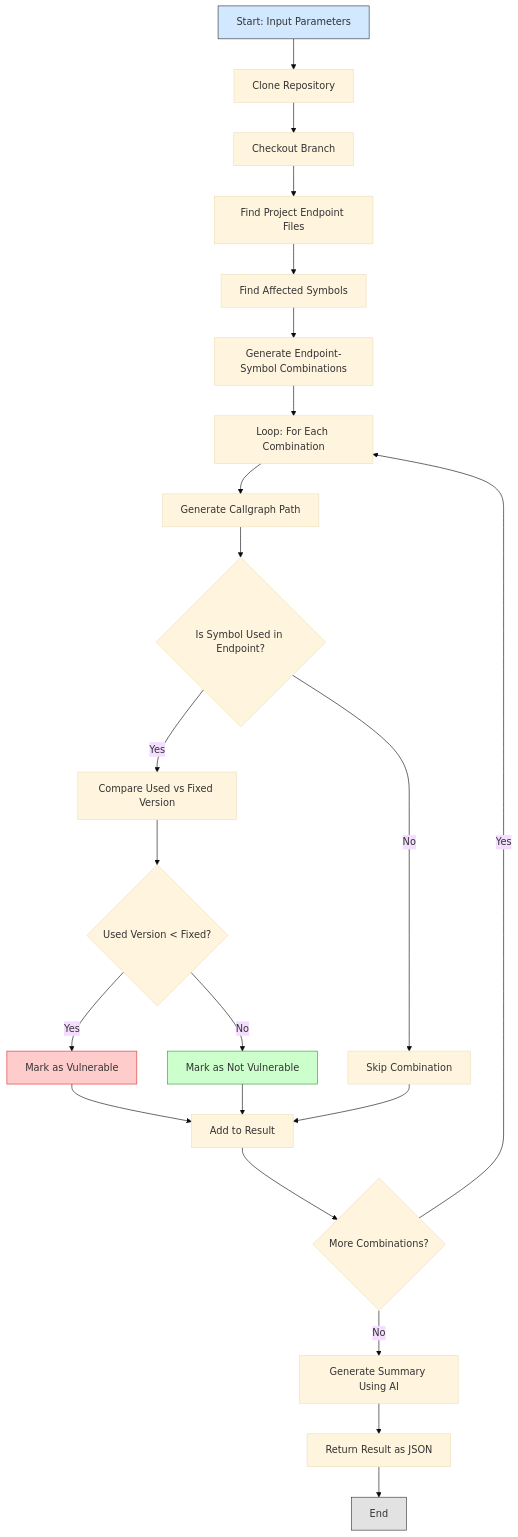
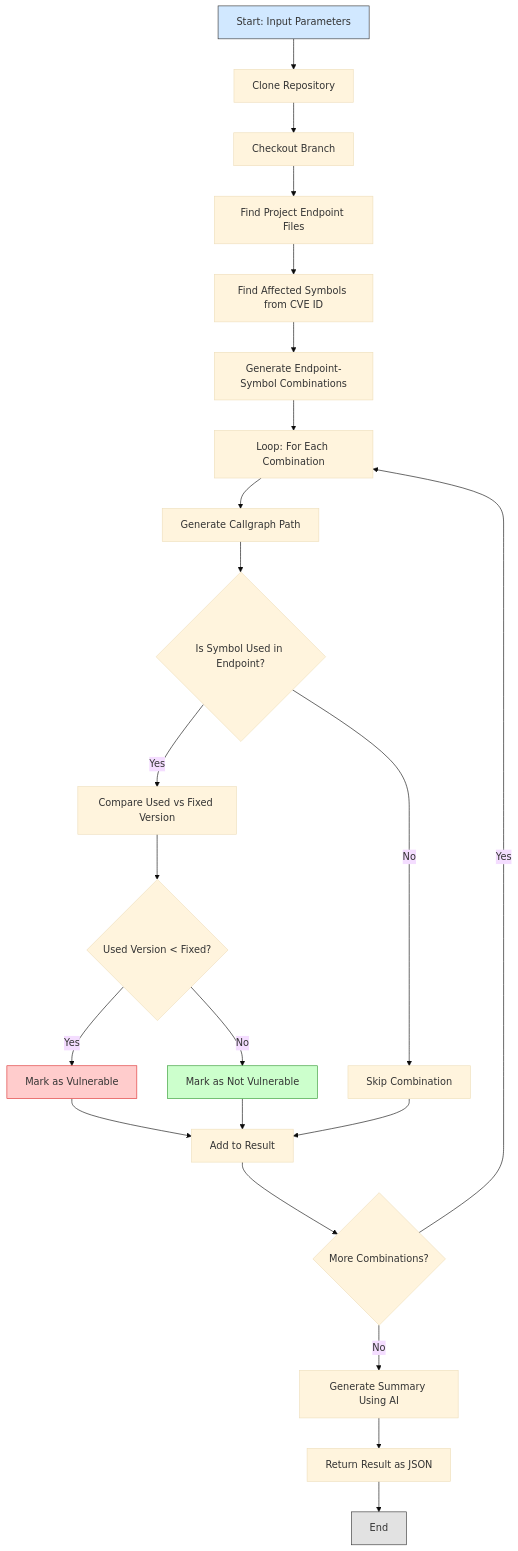
One commit to k37y/gvs changed the diagram in README.md. Above: the diagram before and after it, drawn with Mermaid (base theme).

````diff
--- a/README.md
+++ b/README.md
@@ -7,30 +7,30 @@
 ```mermaid
 flowchart TD
     A[Start: Input Parameters] --> B[Clone Repository]
     B --> C[Checkout Branch]
     C --> D[Find Project Endpoint Files]
-    D --> E[Find Affected Symbols]
+    D --> E[Find Affected Symbols from CVE ID]
     E --> F[Generate Endpoint-Symbol Combinations]
     F --> G[Loop: For Each Combination]
     G --> H[Generate Callgraph Path]
     H --> I{Is Symbol Used in Endpoint?}
     I -- Yes --> J[Compare Used vs Fixed Version]
     J --> K{Used Version < Fixed?}
     K -- Yes --> L[Mark as Vulnerable]
     K -- No --> M[Mark as Not Vulnerable]
     L --> N[Add to Result]
     M --> N
     I -- No --> O[Skip Combination]
     O --> N
     N --> P{More Combinations?}
     P -- Yes --> G
     P -- No --> Q[Generate Summary Using AI]
     Q --> R[Return Result as JSON]
     R --> S[End]
 
     %% Style nodes
     style A fill:#d1e8ff,stroke:#333,stroke-width:1px
     style L fill:#ffcccc,stroke:#d33,stroke-width:1px
     style M fill:#ccffcc,stroke:#393,stroke-width:1px
     style S fill:#e2e2e2,stroke:#333,stroke-width:1px
 ```
````
